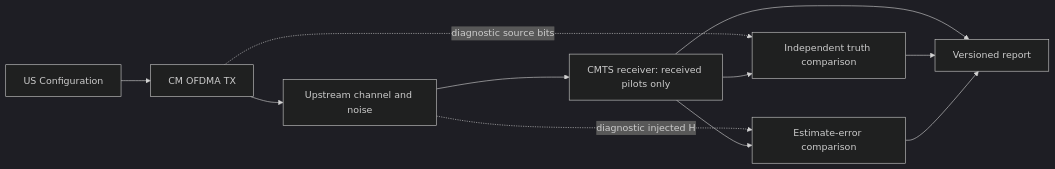
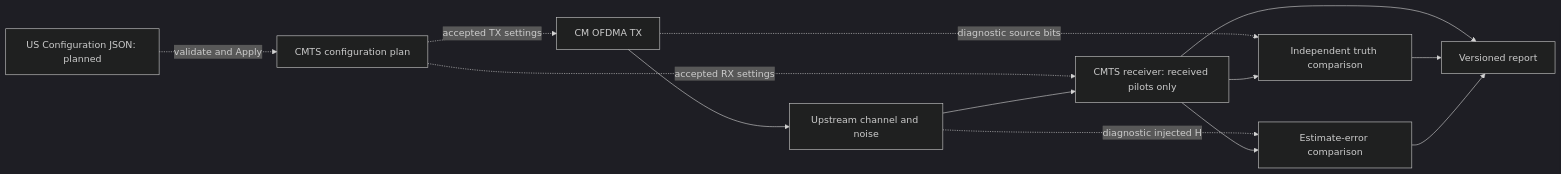
Before and after one commit to PyPNMApps/morgana: the diagram in docs/development/features/foundation/design.md, drawn with Mermaid (dark theme). The commit also changed other lines of this file and 9 other files, not shown here.

Commit message:
Documentation: Add CMTS configuration JSON architecture - Place US Configuration plan under CMTS-US-RX - Update shared TX and RX configuration flows - Record MULPI coverage and schema delivery plan - Tests: Local validation and navigation checks pass

````diff
--- a/docs/development/features/foundation/design.md
+++ b/docs/development/features/foundation/design.md
@@ -172,13 +172,15 @@
 ```mermaid
 flowchart LR
-  V[US Configuration] --> TX[CM OFDMA TX]
+  J[US Configuration JSON: planned] -. validate and Apply .-> V[CMTS configuration plan]
+  V -. accepted TX settings .-> TX[CM OFDMA TX]
+  V -. accepted RX settings .-> RX
   TX --> C[Upstream channel and noise]
   C --> RX[CMTS receiver: received pilots only]
   RX --> R[Versioned report]
   TX -. diagnostic source bits .-> T[Independent truth comparison]
   RX --> T
   T --> R
   C -. diagnostic injected H .-> E[Estimate-error comparison]
   RX --> E
   E --> R
 ```
````
